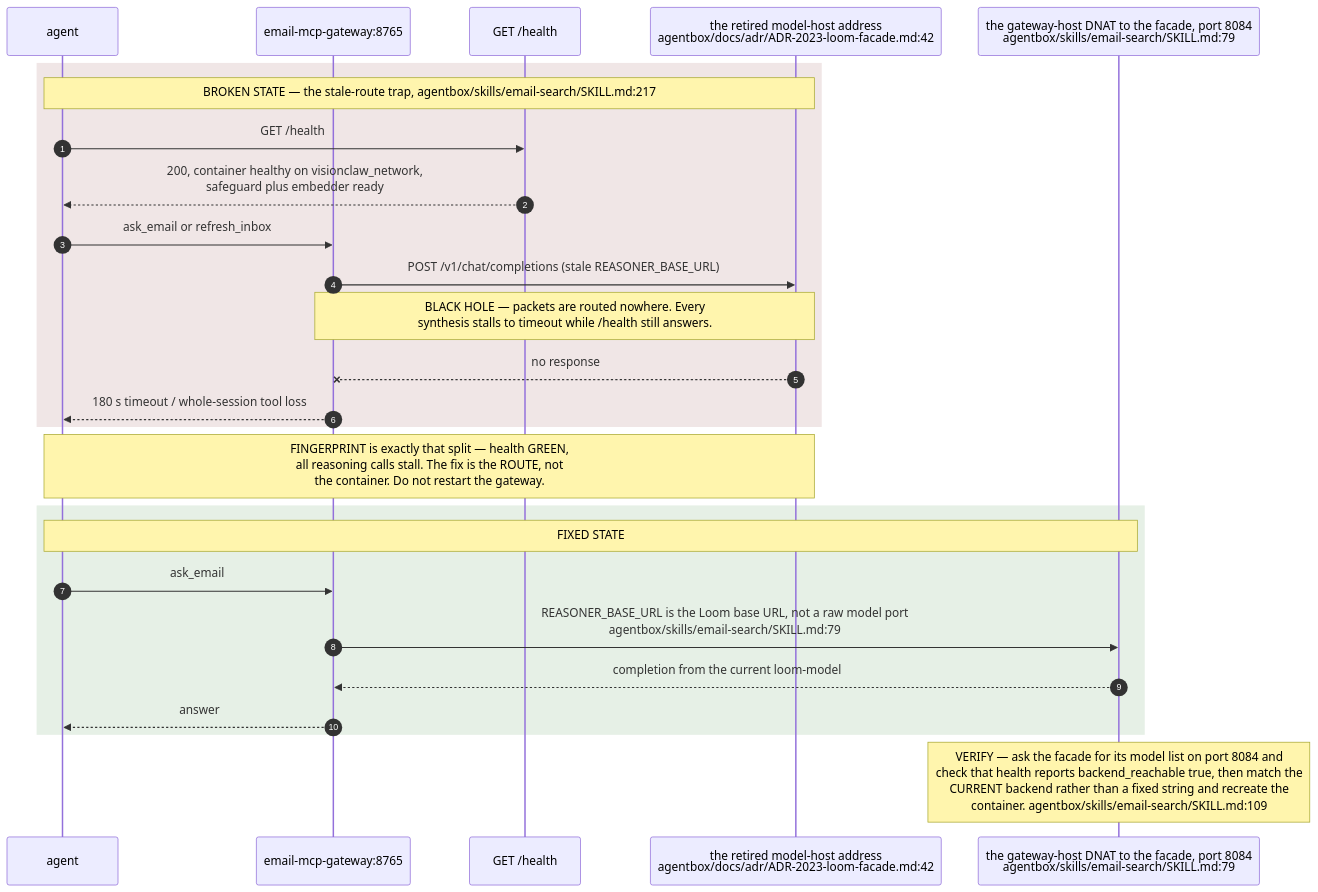
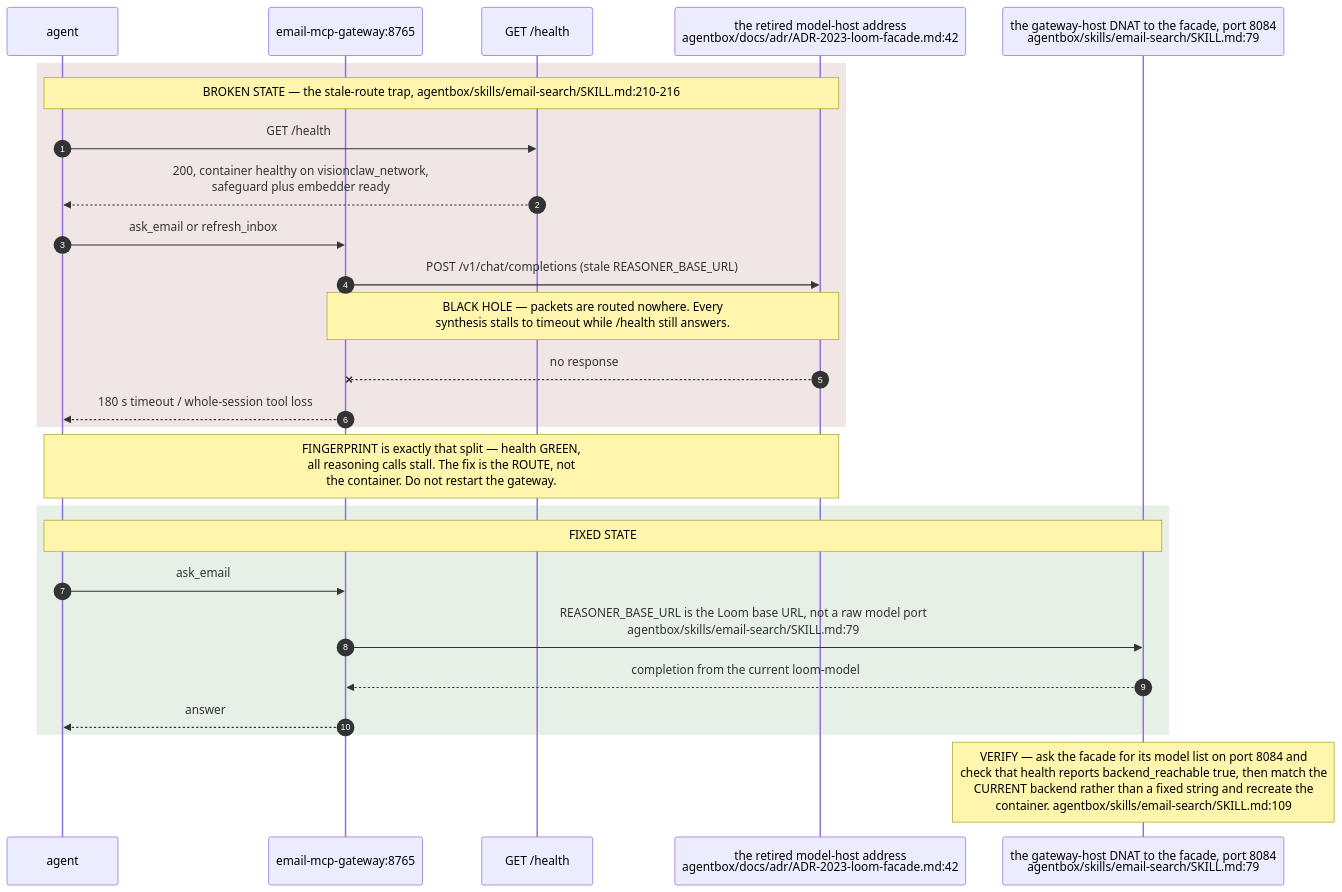
One commit to DreamLab-AI/VisionFlow changed the seventh of 11 diagrams in docs/diagrams/estate/06-loom-and-email-privacy-path.md. Above: the diagram before and after it, drawn with Mermaid. The commit also changed other lines of this file and 160 other files, not shown here.

````diff
--- a/docs/diagrams/estate/06-loom-and-email-privacy-path.md
+++ b/docs/diagrams/estate/06-loom-and-email-privacy-path.md
@@ -222,29 +240,29 @@
 ```mermaid
 sequenceDiagram
     autonumber
     participant A as agent
     participant G as email-mcp-gateway:8765
     participant H as GET /health
     participant DEAD as the retired model-host address<br/>agentbox/docs/adr/ADR-2023-loom-facade.md:42
     participant GOOD as the gateway-host DNAT to the facade, port 8084<br/>agentbox/skills/email-search/SKILL.md:79
 
     rect rgb(240,230,230)
-    Note over A,DEAD: BROKEN STATE — the stale-route trap, agentbox/skills/email-search/SKILL.md:217
+    Note over A,DEAD: BROKEN STATE — the stale-route trap, agentbox/skills/email-search/SKILL.md:210-216
     A->>H: GET /health
     H-->>A: 200, container healthy on visionclaw_network,<br/>safeguard plus embedder ready
     A->>G: ask_email or refresh_inbox
     G->>DEAD: POST /v1/chat/completions (stale REASONER_BASE_URL)
     Note over G,DEAD: BLACK HOLE — packets are routed nowhere. Every<br/>synthesis stalls to timeout while /health still answers.
     DEAD--xG: no response
     G-->>A: 180 s timeout / whole-session tool loss
     end
     Note over A,DEAD: FINGERPRINT is exactly that split — health GREEN,<br/>all reasoning calls stall. The fix is the ROUTE, not<br/>the container. Do not restart the gateway.
     rect rgb(230,240,230)
     Note over A,GOOD: FIXED STATE
     A->>G: ask_email
     G->>GOOD: REASONER_BASE_URL is the Loom base URL, not a raw model port<br/>agentbox/skills/email-search/SKILL.md:79
     GOOD-->>G: completion from the current loom-model
     G-->>A: answer
     end
     Note over GOOD: VERIFY — ask the facade for its model list on port 8084 and<br/>check that health reports backend_reachable true, then match the<br/>CURRENT backend rather than a fixed string and recreate the<br/>container. agentbox/skills/email-search/SKILL.md:109
 ```
````
